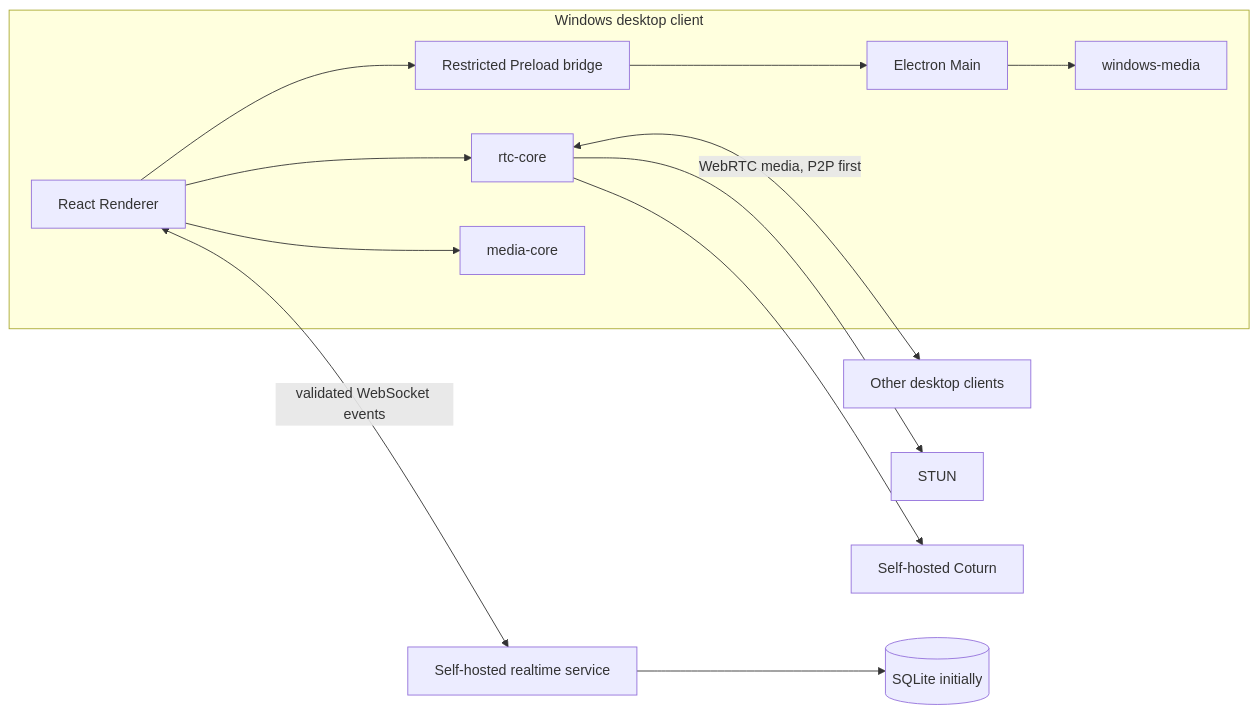
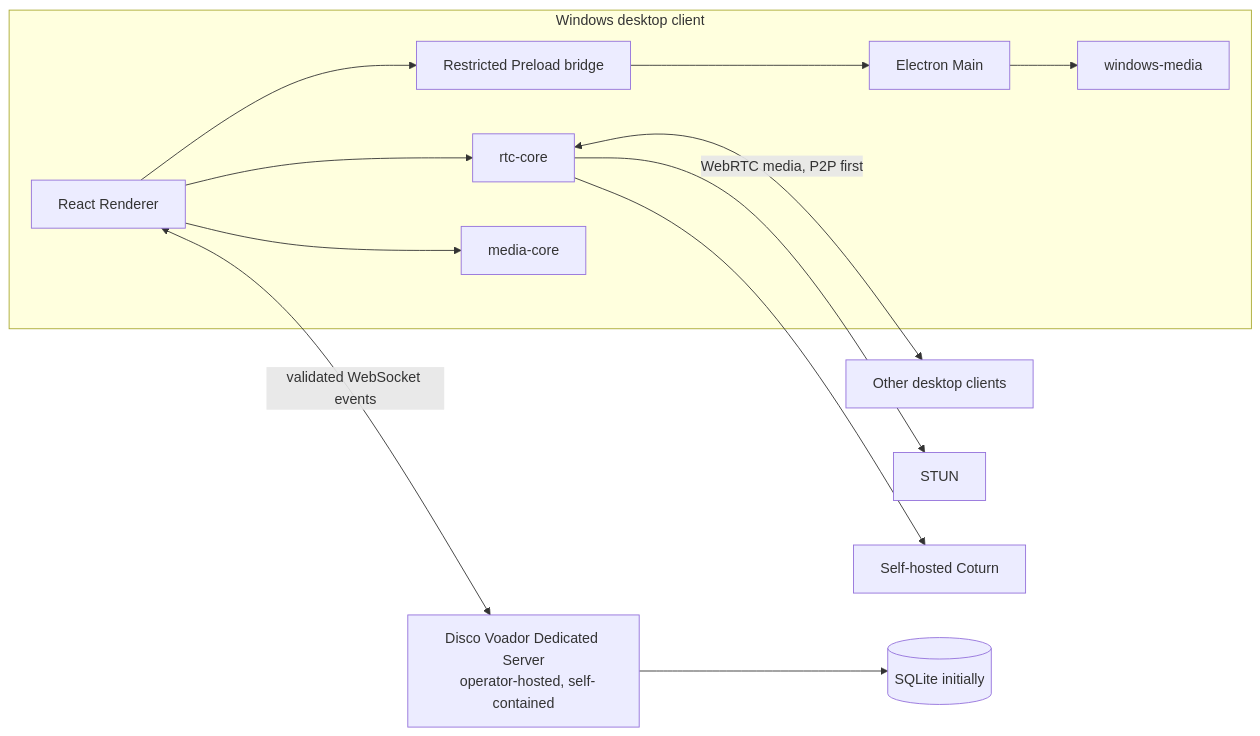
One commit to RodCas11/OvniChat changed the first of 3 diagrams in docs/ARCHITECTURE.md. Above: the diagram before and after it, drawn with Mermaid. The commit also changed other lines of this file and 140 other files, not shown here.

````diff
--- a/docs/ARCHITECTURE.md
+++ b/docs/ARCHITECTURE.md
@@ -17,23 +23,24 @@
 ```mermaid
 flowchart LR
   subgraph Client[Windows desktop client]
     Main[Electron Main]
     Preload[Restricted Preload bridge]
     Renderer[React Renderer]
     RTC[rtc-core]
     Media[media-core]
     WinMedia[windows-media]
 
     Renderer --> Preload
     Preload --> Main
     Renderer --> RTC
     Renderer --> Media
     Main --> WinMedia
   end
 
-  Renderer <-->|validated WebSocket events| Realtime[Self-hosted realtime service]
+  Renderer <-->|validated WebSocket events| Dedicated[Disco Voador Dedicated Server
+  operator-hosted, self-contained]
   RTC <-->|WebRTC media, P2P first| Peers[Other desktop clients]
   RTC --> STUN[STUN]
   RTC --> TURN[Self-hosted Coturn]
-  Realtime --> Storage[(SQLite initially)]
+  Dedicated --> Storage[(SQLite initially)]
 ```
````
